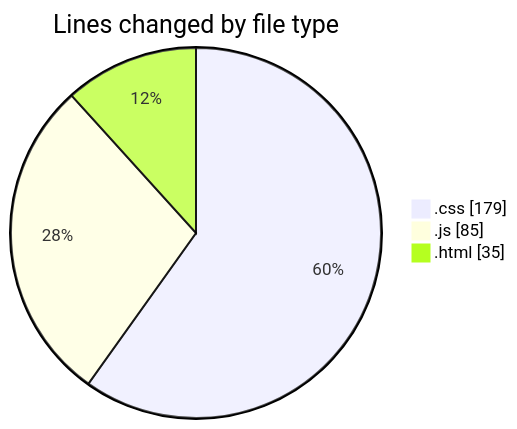
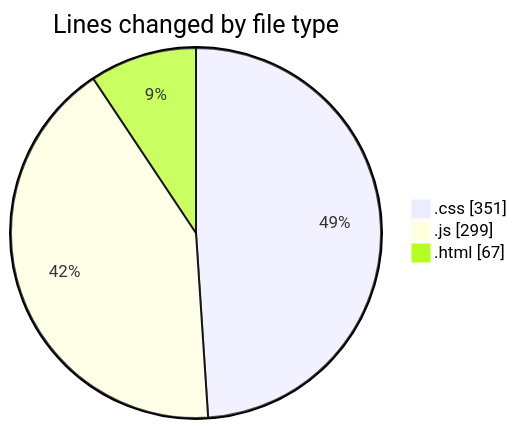
Before and after one commit to Ritupan-Deka/code-tracking: the first of 2 diagrams in 2025-06-01/projects/README.md, drawn with Mermaid. The commit also changed other lines of this file and 1 other file, not shown here.

````diff
--- a/2025-06-01/projects/README.md
+++ b/2025-06-01/projects/README.md
@@ -22,7 +25,7 @@
 ```mermaid
 pie showData
 title Lines changed by file type
-".css" : 179
-".js" : 85
-".html" : 35
+".css" : 351
+".js" : 299
+".html" : 67
 ```
````
